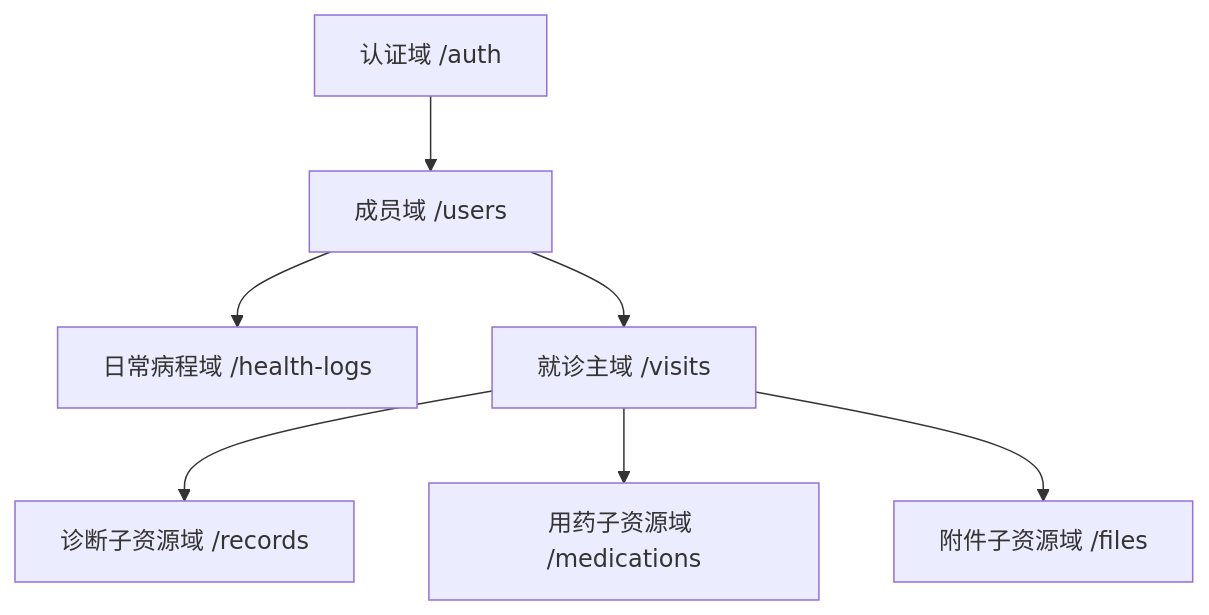
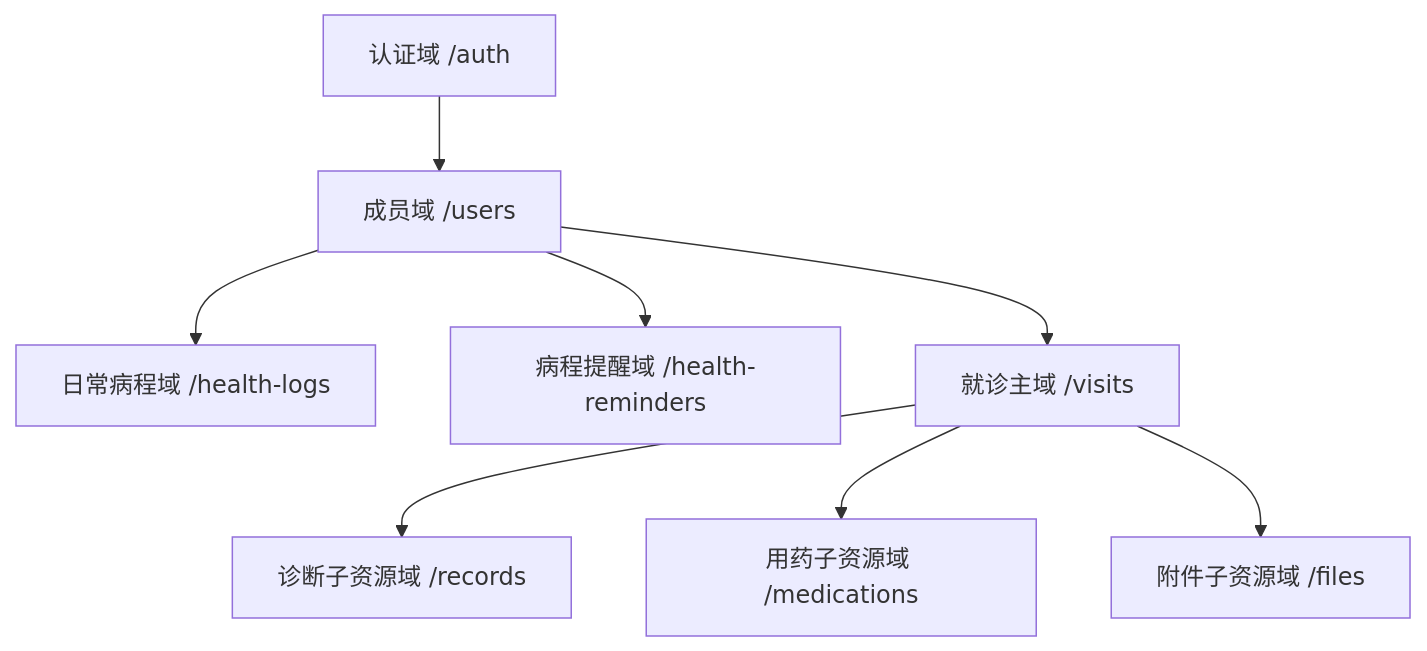
Before and after one commit to ayxixi/medical-system: the eighth of 8 diagrams in docs/ARCHITECTURE.md, drawn with Mermaid. The commit also changed other lines of this file and 27 other files, not shown here.

Commit message:
feat: add health diary reminders (#67)

````diff
--- a/docs/ARCHITECTURE.md
+++ b/docs/ARCHITECTURE.md
@@ -492,17 +506,19 @@
 ```mermaid
 flowchart TD
   Auth[认证域 /auth]
   Users[成员域 /users]
   HealthLogs[日常病程域 /health-logs]
+  HealthReminders[病程提醒域 /health-reminders]
   Visits[就诊主域 /visits]
   Records[诊断子资源域 /records]
   Medications[用药子资源域 /medications]
   Files[附件子资源域 /files]
 
   Auth --> Users
   Users --> Visits
   Users --> HealthLogs
+  Users --> HealthReminders
   Visits --> Records
   Visits --> Medications
   Visits --> Files
 ```
````
